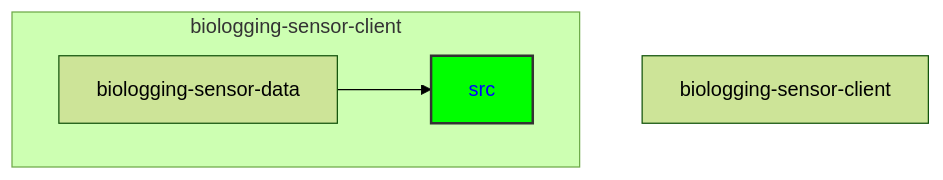
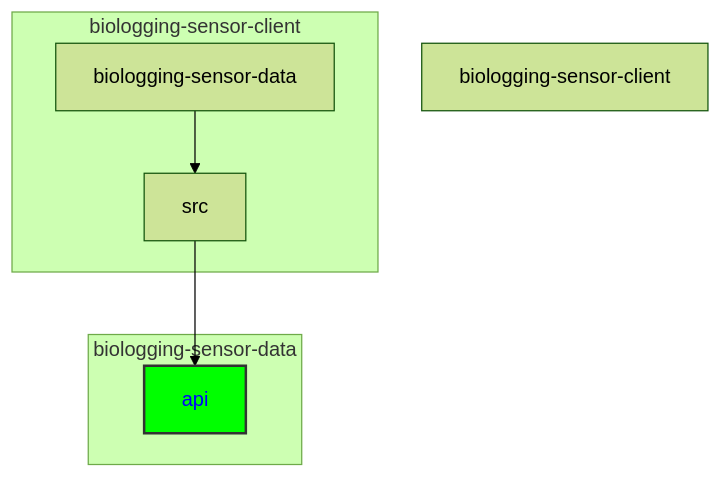
One commit to Khosiyat/Algorithms changed the diagram in draft-delete.md. Above: the diagram before and after it, drawn with Mermaid (forest theme). The commit also changed other lines of this file, not shown here.

````diff
--- a/draft-delete.md
+++ b/draft-delete.md
@@ -40,13 +37,17 @@
 ```mermaid
 graph TD
     A["biologging-sensor-client"] 
     B["biologging-sensor-data"]
-    C["<span style='color:blue'>src</span>"]
+    C["src"]
+    D["<span style='color:blue'>api</span>"]
 
     subgraph biologging-sensor-client
         B --> C
     end
+    subgraph biologging-sensor-data
+        C --> D
+    end
 
-    style C fill:#0f0,stroke:#333,stroke-width:2px;
+    style D fill:#0f0,stroke:#333,stroke-width:2px;
 
 ```
````
